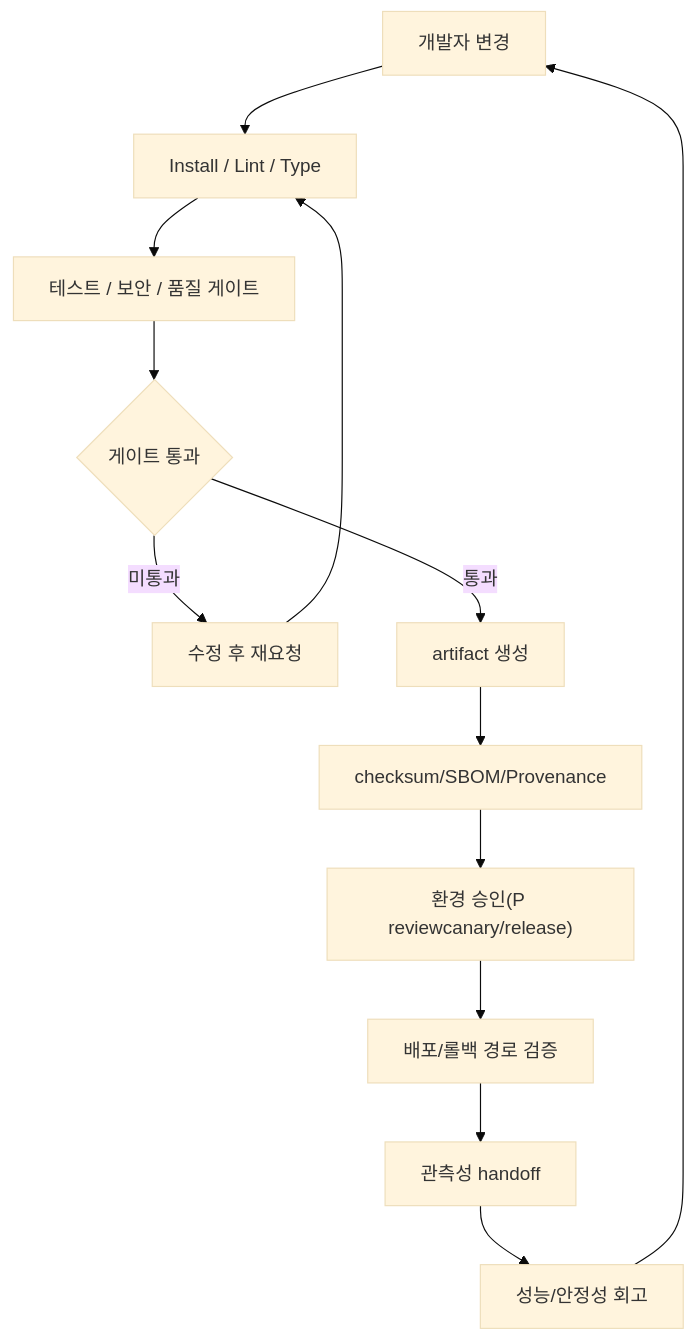
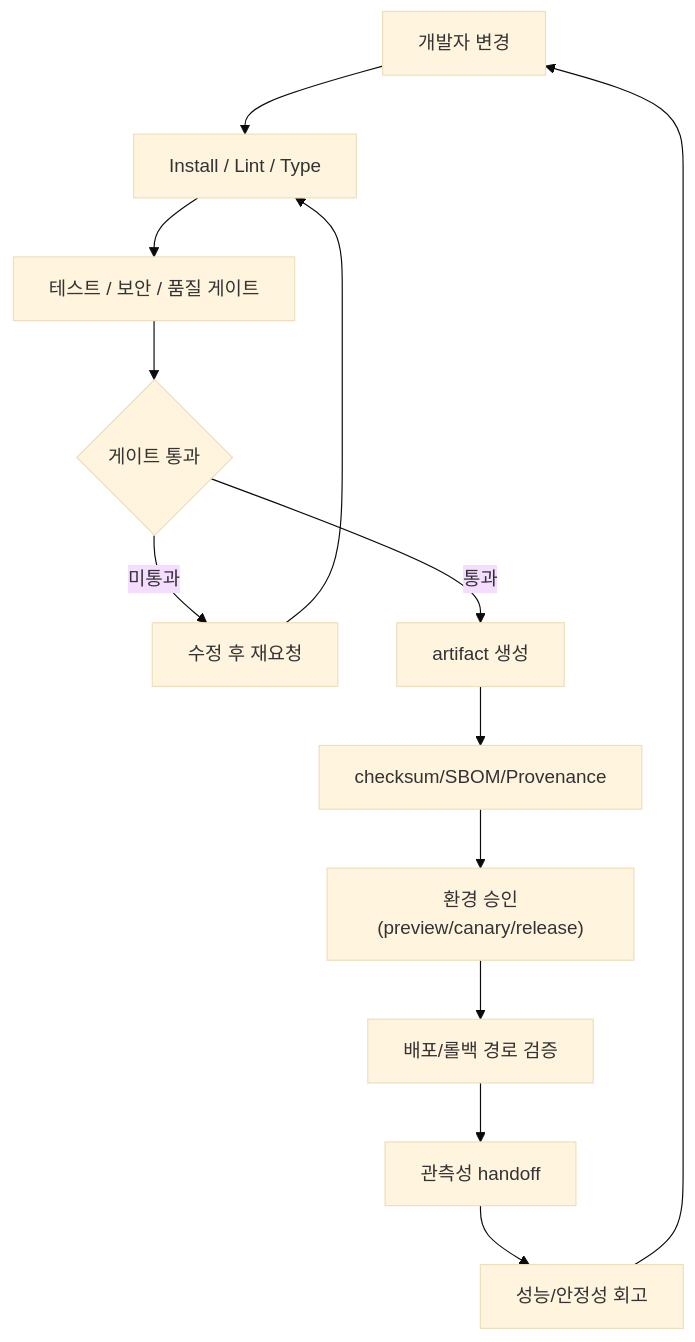
One commit to blue45f/heejun changed the second of 8 diagrams in public/개발가이드/11_CICD_파이프라인_표준.md. Above: the diagram before and after it, drawn with Mermaid (base theme). The commit also changed other lines of this file and 31 other files, not shown here.

````diff
--- a/public/개발가이드/11_CICD_파이프라인_표준.md
+++ b/public/개발가이드/11_CICD_파이프라인_표준.md
@@ -88,15 +109,15 @@
 ```mermaid
 flowchart TD
   A["개발자 변경"] --> B["Install / Lint / Type"]
   B --> C["테스트 / 보안 / 품질 게이트"]
   C --> D{"게이트 통과"}
   D -->|미통과| E["수정 후 재요청"]
   D -->|통과| F["artifact 생성"]
   F --> G["checksum/SBOM/Provenance"]
-  G --> H["환경 승인(P reviewcanary/release)"]
+  G --> H["환경 승인(preview/canary/release)"]
   H --> I["배포/롤백 경로 검증"]
   I --> J["관측성 handoff"]
   J --> K["성능/안정성 회고"]
   K --> A
   E --> B
 ```
````
